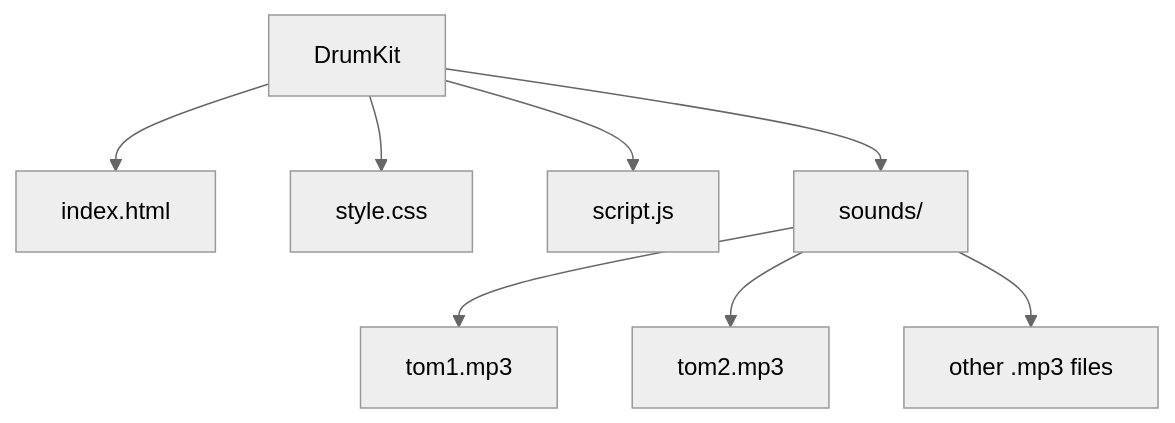
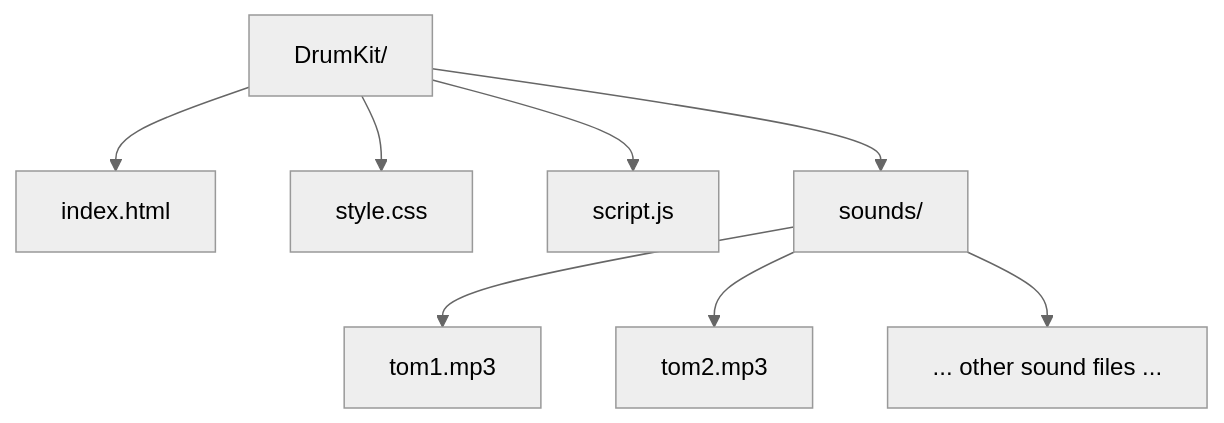
Before and after one commit to Natthy2023/browser-game-jam: the diagram in Drum-Kit/README.md, drawn with Mermaid (neutral theme).

````diff
--- a/Drum-Kit/README.md
+++ b/Drum-Kit/README.md
@@ -44,13 +44,13 @@
 ```mermaid
+%% Folder structure for DrumKit project
 graph TD
-  A[DrumKit] --> B[index.html]
+  A[DrumKit/]
+  A --> B[index.html]
   A --> C[style.css]
   A --> D[script.js]
   A --> E[sounds/]
   E --> F[tom1.mp3]
   E --> G[tom2.mp3]
-  E --> H[other .mp3 files]
-
-
+  E --> H[... other sound files ...]
 
 ```
````
